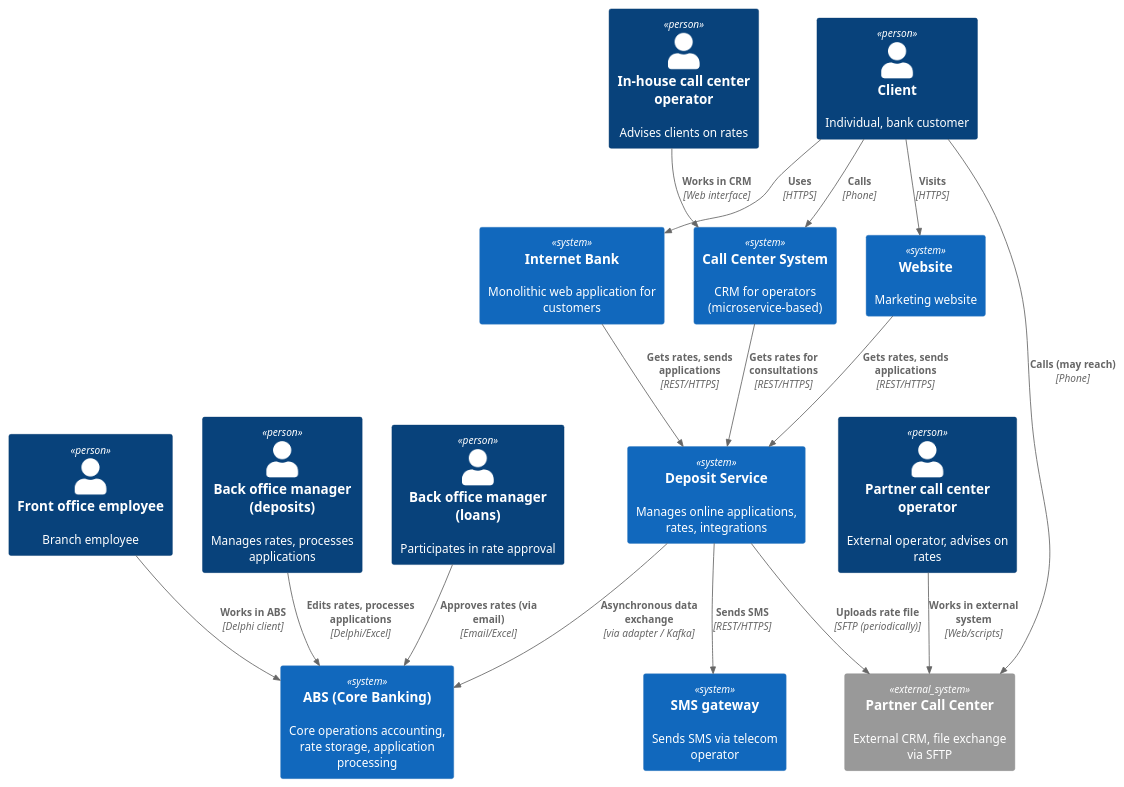
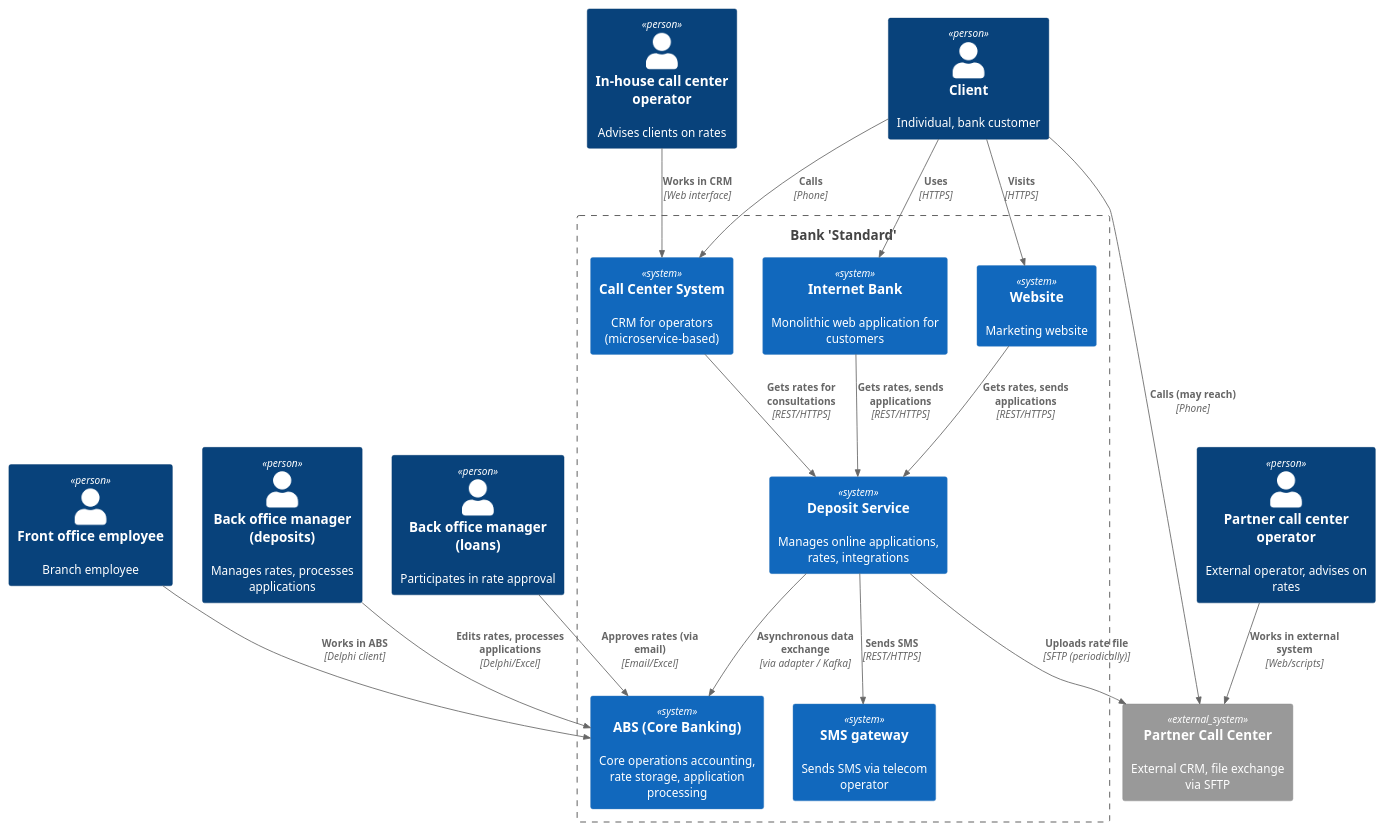
Before and after one commit to Wardar-py/architecture-bank-standart: the diagram in Task4/с4_context.puml, drawn with PlantUML. The commit also changed 8 other files, not shown here.

```diff
--- a/Task4/с4_context.puml
+++ b/Task4/с4_context.puml
@@ -1,37 +1,37 @@
 @startuml
 !include <C4/C4_Context>
 
 Person(client, "Client", "Individual, bank customer")
 Person(front_office, "Front office employee", "Branch employee")
 Person(back_deposit, "Back office manager (deposits)", "Manages rates, processes applications")
 Person(back_credit, "Back office manager (loans)", "Participates in rate approval")
 Person(cc_operator, "In-house call center operator", "Advises clients on rates")
 Person(partner_operator, "Partner call center operator", "External operator, advises on rates")
-
+Boundary(bank, "Bank 'Standard'") {
 System(deposit_system, "Deposit Service", "Manages online applications, rates, integrations")
 System(abs, "ABS (Core Banking)", "Core operations accounting, rate storage, application processing")
 System(internet_bank, "Internet Bank", "Monolithic web application for customers")
 System(site, "Website", "Marketing website")
 System(cc_system, "Call Center System", "CRM for operators (microservice-based)")
 System(sms_gateway, "SMS gateway", "Sends SMS via telecom operator")
-
+}
 System_Ext(partner_cc, "Partner Call Center", "External CRM, file exchange via SFTP")
 
 ' Связи
 Rel(client, internet_bank, "Uses", "HTTPS")
 Rel(client, site, "Visits", "HTTPS")
 Rel(client, cc_system, "Calls", "Phone")
 Rel(client, partner_cc, "Calls (may reach)", "Phone")
 Rel(front_office, abs, "Works in ABS", "Delphi client")
 Rel(back_deposit, abs, "Edits rates, processes applications", "Delphi/Excel")
 Rel(back_credit, abs, "Approves rates (via email)", "Email/Excel")
 Rel(cc_operator, cc_system, "Works in CRM", "Web interface")
 Rel(partner_operator, partner_cc, "Works in external system", "Web/scripts")
 Rel(internet_bank, deposit_system, "Gets rates, sends applications", "REST/HTTPS")
 Rel(site, deposit_system, "Gets rates, sends applications", "REST/HTTPS")
 Rel(cc_system, deposit_system, "Gets rates for consultations", "REST/HTTPS")
 Rel(deposit_system, sms_gateway, "Sends SMS", "REST/HTTPS")
 Rel(deposit_system, partner_cc, "Uploads rate file", "SFTP (periodically)")
 Rel(deposit_system, abs, "Asynchronous data exchange", "via adapter / Kafka")
 
 @enduml
```
